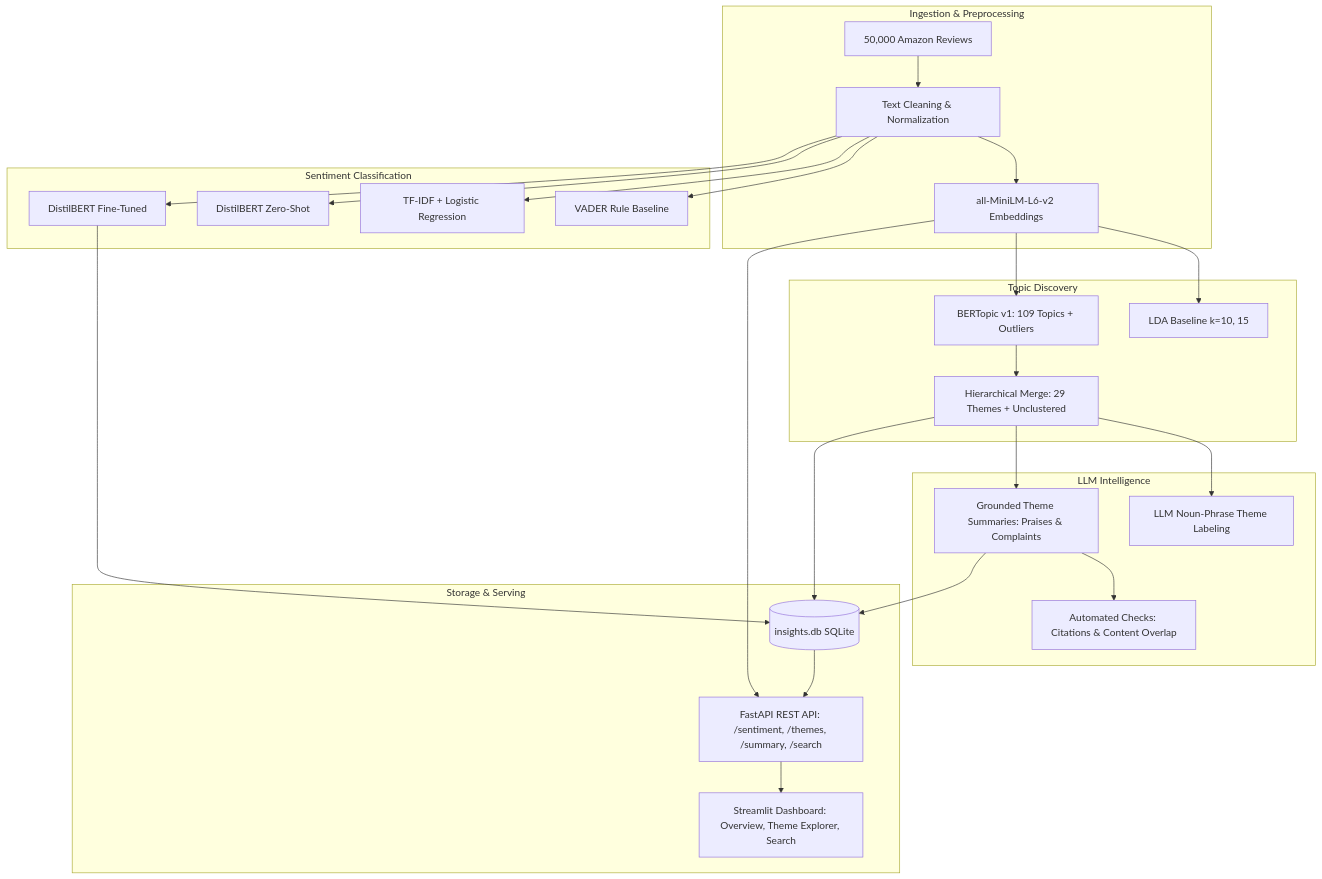
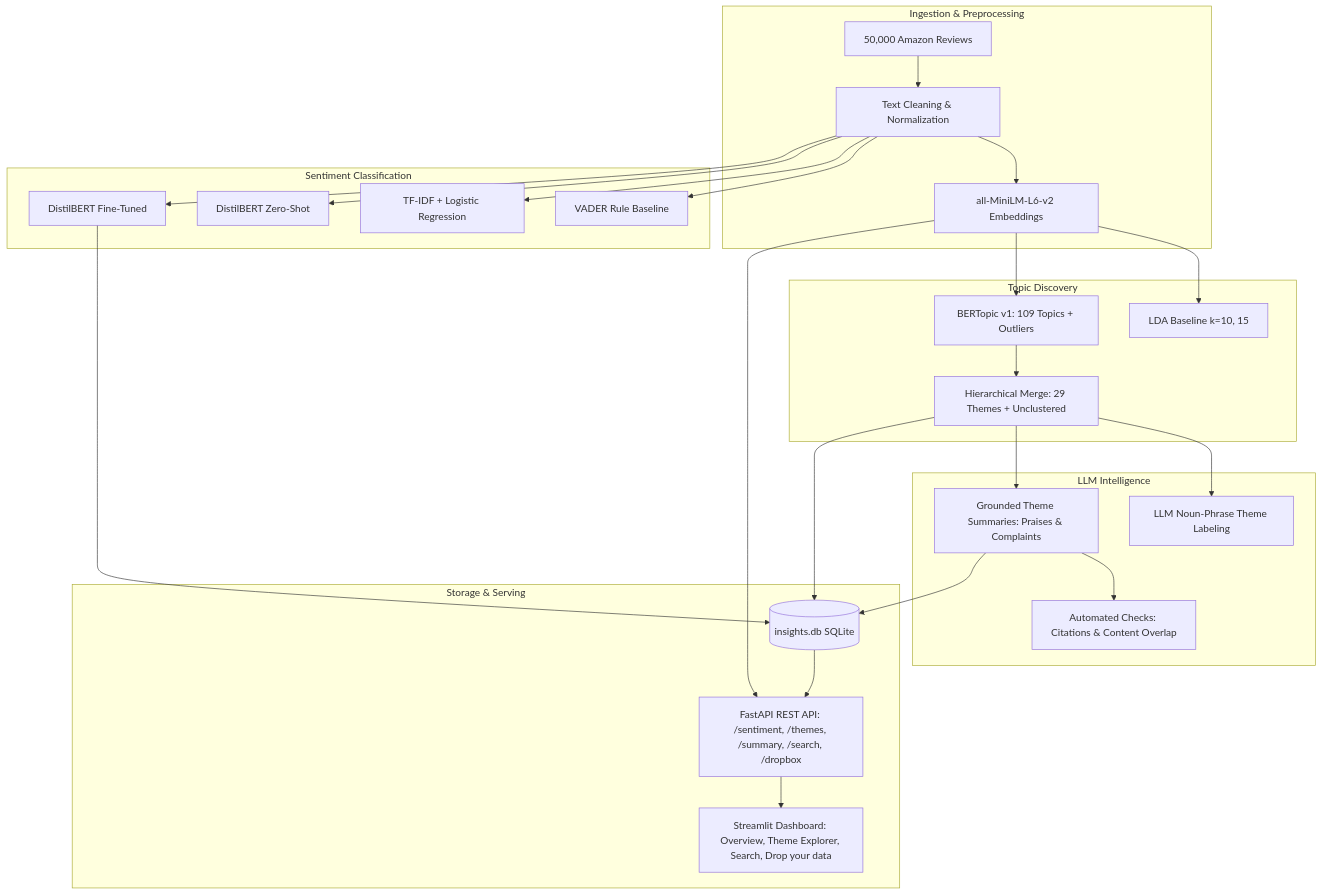
One commit to Hecker-12/Nexus---Review_Insights changed the diagram in README.md. Above: the diagram before and after it, drawn with Mermaid. The commit also changed other lines of this file and 4 other files, not shown here.

Commit message:
Docs: Add Drop-your-data documentation, acceptance test script, notes, and screenshots

````diff
--- a/README.md
+++ b/README.md
@@ -9,32 +9,32 @@
 ```mermaid
 flowchart TD
     subgraph Ingestion & Preprocessing
         RAW[50,000 Amazon Reviews] --> CLEAN[Text Cleaning & Normalization]
         CLEAN --> EMB[all-MiniLM-L6-v2 Embeddings]
     end
 
     subgraph Sentiment Classification
         CLEAN --> VADER[VADER Rule Baseline]
         CLEAN --> TFIDF[TF-IDF + Logistic Regression]
         CLEAN --> BERT_ZS[DistilBERT Zero-Shot]
         CLEAN --> BERT_FT[DistilBERT Fine-Tuned]
     end
 
     subgraph Topic Discovery
         EMB --> LDA[LDA Baseline k=10, 15]
         EMB --> BERTopic_v1[BERTopic v1: 109 Topics + Outliers]
         BERTopic_v1 --> MERGED[Hierarchical Merge: 29 Themes + Unclustered]
     end
 
     subgraph LLM Intelligence
         MERGED --> LLM_LABEL[LLM Noun-Phrase Theme Labeling]
         MERGED --> LLM_SUM[Grounded Theme Summaries: Praises & Complaints]
         LLM_SUM --> AUTO_CHECK[Automated Checks: Citations & Content Overlap]
     end
 
     subgraph Storage & Serving
         MERGED & BERT_FT & LLM_SUM --> SQLITE[(insights.db SQLite)]
-        EMB & SQLITE --> FASTAPI[FastAPI REST API: /sentiment, /themes, /summary, /search]
-        FASTAPI --> STREAMLIT[Streamlit Dashboard: Overview, Theme Explorer, Search]
+        EMB & SQLITE --> FASTAPI[FastAPI REST API: /sentiment, /themes, /summary, /search, /dropbox]
+        FASTAPI --> STREAMLIT[Streamlit Dashboard: Overview, Theme Explorer, Search, Drop your data]
     end
 ```
````
